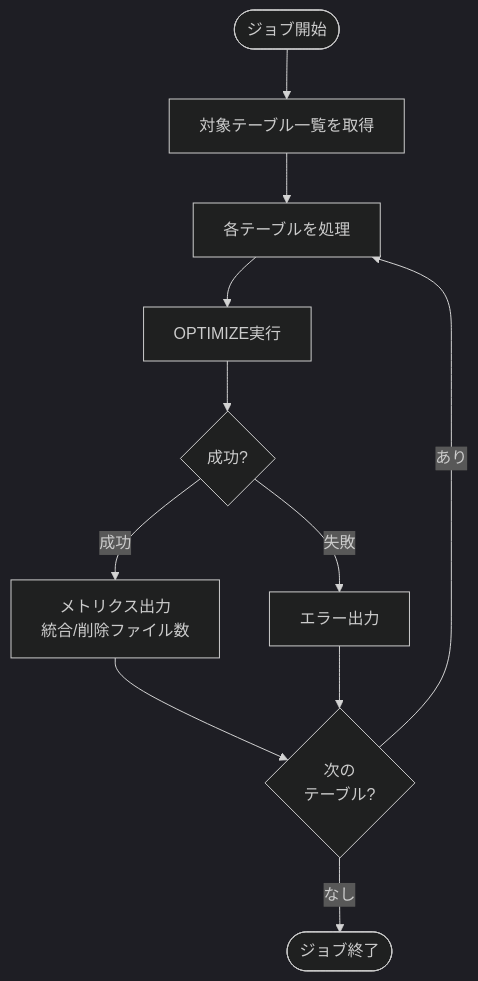
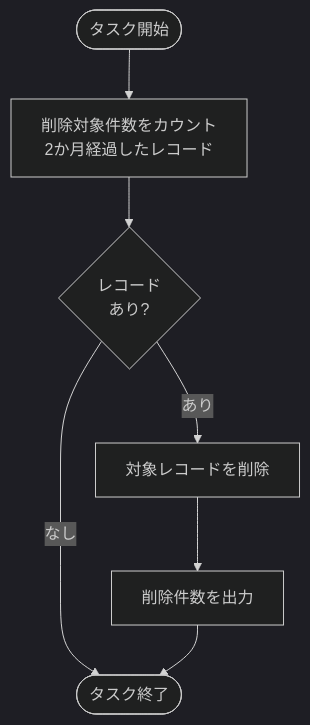
One commit to NSW-SVCP-AIWG002/Databricks-IoT changed the second of 5 diagrams in docs/03-features/batch/oltp-cleanup/job-specification.md. Above: the diagram before and after it, drawn with Mermaid (dark theme). The commit also changed other lines of this file and 3 other files, not shown here.

````diff
--- a/docs/03-features/batch/oltp-cleanup/job-specification.md
+++ b/docs/03-features/batch/oltp-cleanup/job-specification.md
@@ -170,17 +247,9 @@
 ```mermaid
 flowchart TD
-    Start([ジョブ開始]) --> GetTables[対象テーブル一覧を取得]
-    GetTables --> Loop[各テーブルを処理]
-
-    Loop --> Optimize[OPTIMIZE実行]
-    Optimize --> Result{成功?}
-
-    Result -->|成功| Metrics[メトリクス出力<br>統合/削除ファイル数]
-    Result -->|失敗| Error[エラー出力]
-
-    Metrics --> Next{次の<br>テーブル?}
-    Error --> Next
-
-    Next -->|あり| Loop
-    Next -->|なし| End([ジョブ終了])
+    Start([タスク開始]) --> Count[削除対象件数をカウント<br>2か月経過したレコード]
+    Count --> Check{レコード<br>あり?}
+    Check -->|なし| End([タスク終了])
+    Check -->|あり| Delete[対象レコードを削除]
+    Delete --> Log[削除件数を出力]
+    Log --> End
 ```
````
